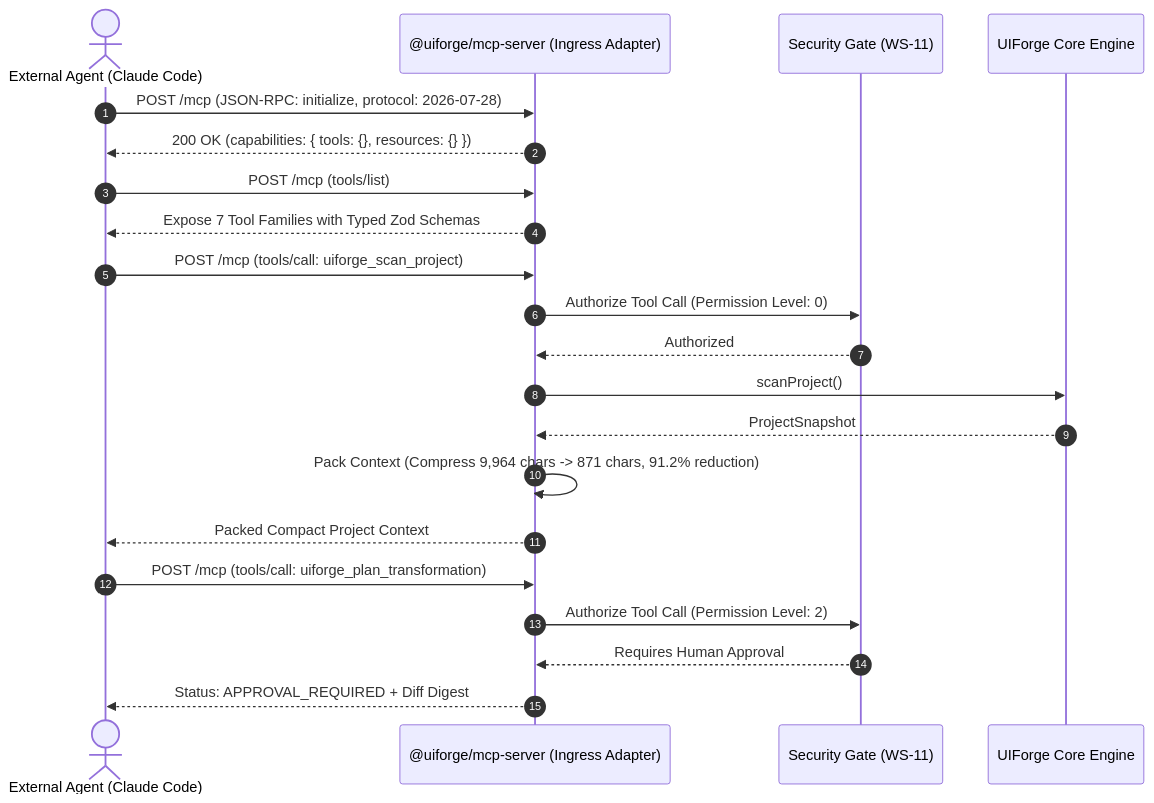
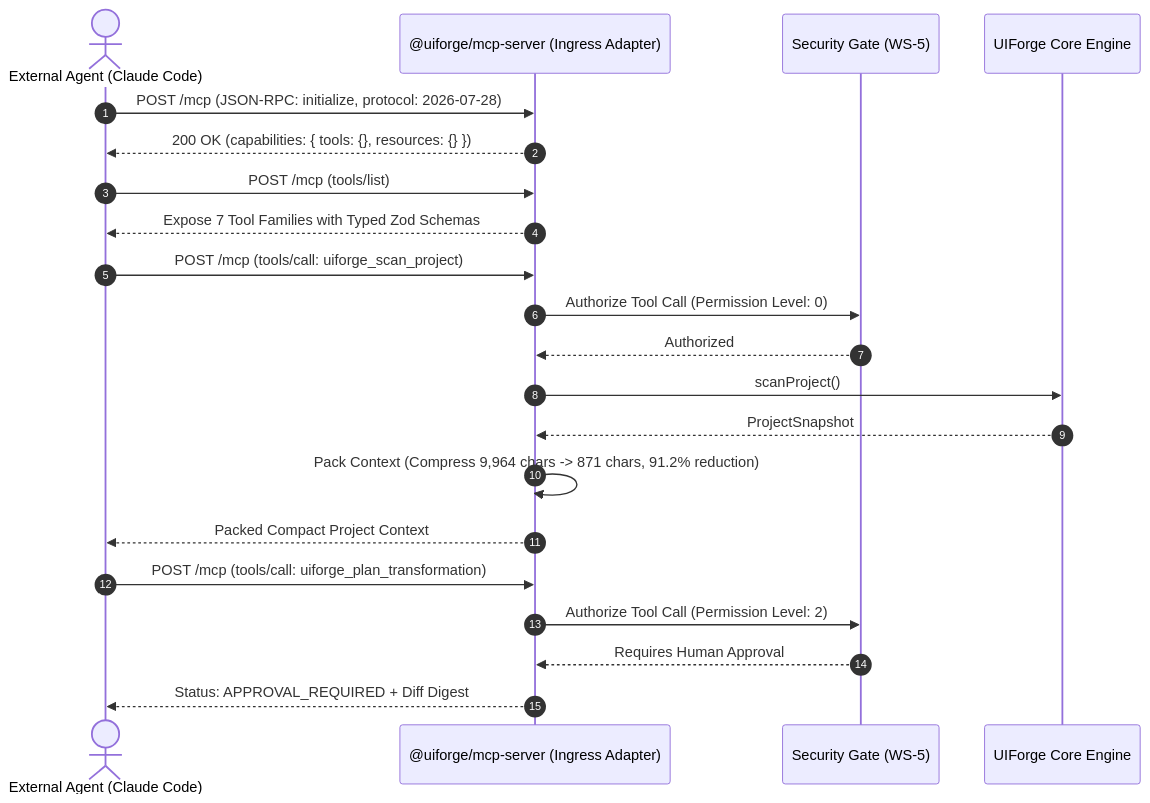
The sixth of 7 diagrams in research/phase-02/phase-02.2-consolidation/END-TO-END-WORKFLOWS.md (Tanish-kumar-Agarwal/UIForge), drawn with Mermaid before and after one commit. The commit also changed other lines of this file and 1 other file, not shown here.

Commit message:
docs(security): specify multi-layer filesystem protections, staging workflow, and diff-bound approvals

````diff
--- a/research/phase-02/phase-02.2-consolidation/END-TO-END-WORKFLOWS.md
+++ b/research/phase-02/phase-02.2-consolidation/END-TO-END-WORKFLOWS.md
@@ -264,27 +264,27 @@
 ```mermaid
 sequenceDiagram
     autonumber
     actor Agent as External Agent (Claude Code)
     participant MCP as @uiforge/mcp-server (Ingress Adapter)
-    participant Security as Security Gate (WS-11)
+    participant Security as Security Gate (WS-5)
     participant Core as UIForge Core Engine
 
     Agent->>MCP: POST /mcp (JSON-RPC: initialize, protocol: 2026-07-28)
     MCP-->>Agent: 200 OK (capabilities: { tools: {}, resources: {} })
 
     Agent->>MCP: POST /mcp (tools/list)
     MCP-->>Agent: Expose 7 Tool Families with Typed Zod Schemas
 
     Agent->>MCP: POST /mcp (tools/call: uiforge_scan_project)
     MCP->>Security: Authorize Tool Call (Permission Level: 0)
     Security-->>MCP: Authorized
     MCP->>Core: scanProject()
     Core-->>MCP: ProjectSnapshot
     MCP->>MCP: Pack Context (Compress 9,964 chars -> 871 chars, 91.2% reduction)
     MCP-->>Agent: Packed Compact Project Context
 
     Agent->>MCP: POST /mcp (tools/call: uiforge_plan_transformation)
     MCP->>Security: Authorize Tool Call (Permission Level: 2)
     Security-->>MCP: Requires Human Approval
     MCP-->>Agent: Status: APPROVAL_REQUIRED + Diff Digest
 ```
````
